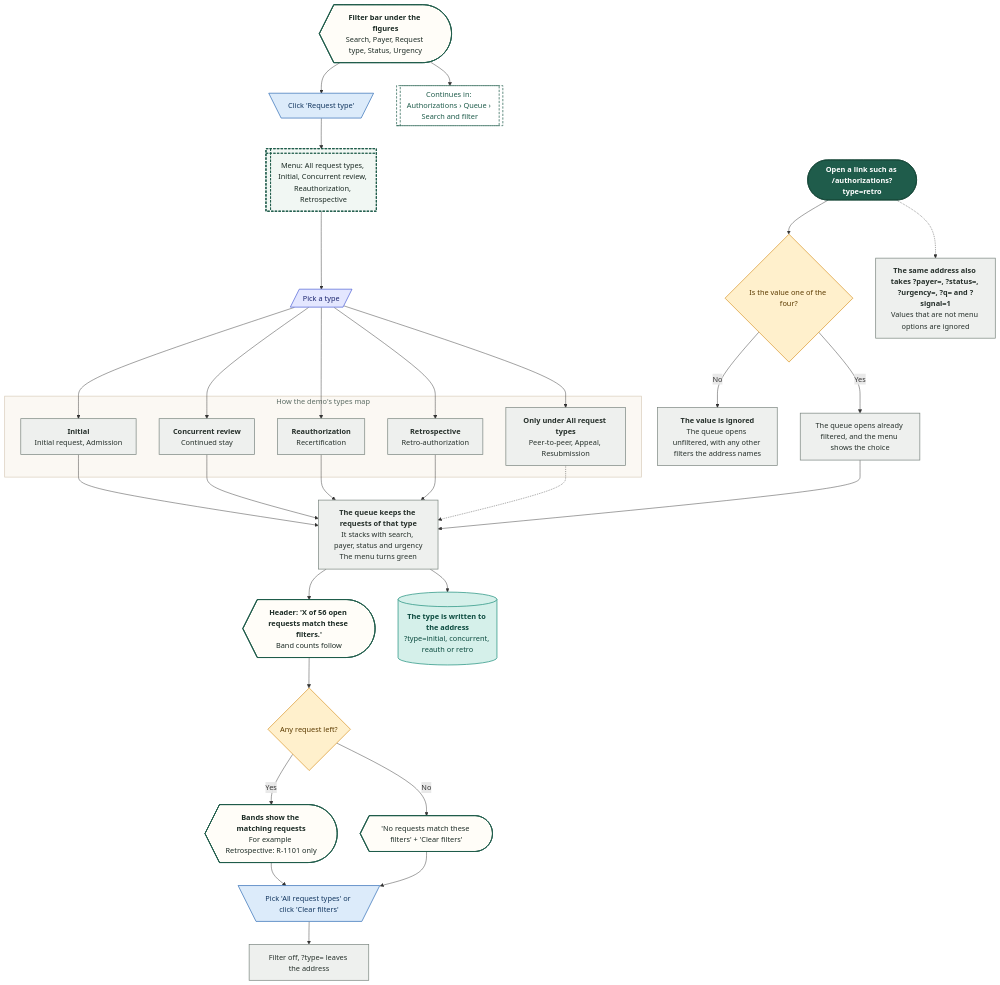
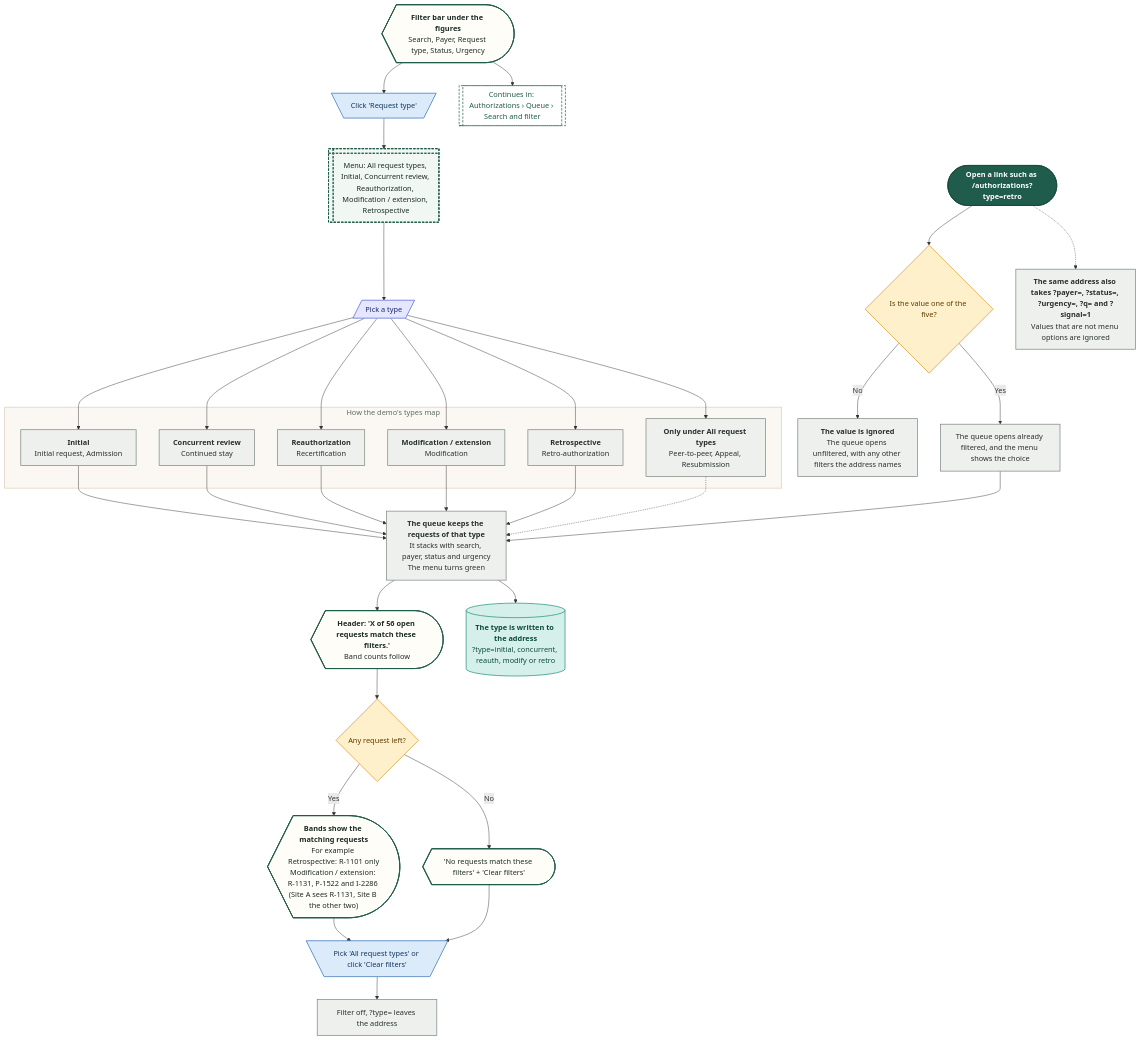
The diagram in demos/prior-auth-demo/workflows/out/mmd/03-authorizations/17-queue-request-type.mmd (Shrav143/psyfloapp), drawn with Mermaid before and after one commit. The commit also changed 251 other files, not shown here.

First line of the commit message:
docs: rebuild the workflow diagrams (291) for round 4

```diff
--- a/demos/prior-auth-demo/workflows/out/mmd/03-authorizations/17-queue-request-type.mmd
+++ b/demos/prior-auth-demo/workflows/out/mmd/03-authorizations/17-queue-request-type.mmd
@@ -1,71 +1,73 @@
 %%{init: {"theme":"base","themeVariables":{"fontFamily":"'DM Sans', 'Segoe UI', system-ui, sans-serif","fontSize":"15px","lineColor":"#5B6B63","primaryTextColor":"#1C2B25","clusterBkg":"#FBF8F3","clusterBorder":"#D9CDBB","edgeLabelBackground":"#FFFFFF"},"flowchart":{"curve":"basis","nodeSpacing":36,"rankSpacing":48,"padding":12,"htmlLabels":true,"useMaxWidth":false,"wrappingWidth":230}} }%%
 flowchart TD
   classDef k_start fill:#1F5C4B,stroke:#174638,color:#FFFFFF,stroke-width:1.5px,font-weight:600
   classDef k_end fill:#DDEFE3,stroke:#2E7D4F,color:#14502F,stroke-width:1.5px,font-weight:600
   classDef k_endx fill:#FBE3E0,stroke:#C0392B,color:#7A1F16,stroke-width:1.5px,font-weight:600
   classDef k_screen fill:#FFFDF8,stroke:#1F5C4B,color:#1C2B25,stroke-width:2px
   classDef k_overlay fill:#F1F7F3,stroke:#1F5C4B,color:#1C2B25,stroke-width:2px,stroke-dasharray:5 3
   classDef k_click fill:#DCEBFA,stroke:#2F6DB5,color:#12365F,stroke-width:1.5px
   classDef k_input fill:#E4E7FF,stroke:#4C5FD5,color:#1D2670,stroke-width:1.5px
   classDef k_process fill:#EEF0EE,stroke:#7A857F,color:#26302B,stroke-width:1.5px
   classDef k_agent fill:#EEE5FA,stroke:#7A4FC2,color:#341A63,stroke-width:1.5px
   classDef k_decision fill:#FFF0CC,stroke:#D9962B,color:#5C3B00,stroke-width:1.5px
   classDef k_store fill:#D5F0EA,stroke:#1C8E7B,color:#0B4A3F,stroke-width:1.5px
   classDef k_doc fill:#F6E9DC,stroke:#B07A4C,color:#4A2E14,stroke-width:1.5px
   classDef k_ext fill:#FFE6D2,stroke:#E07B39,color:#6B2F06,stroke-width:1.5px
   classDef k_wait fill:#E4E8EE,stroke:#6B7C93,color:#26303D,stroke-width:1.5px
   classDef k_toast fill:#FFF9DB,stroke:#C9A400,color:#5A4A00,stroke-width:1.5px
   classDef k_goto fill:#FFFFFF,stroke:#1F5C4B,color:#1F5C4B,stroke-width:1.5px,stroke-dasharray:5 3
   fb@{ shape: curv-trap, label: "<b>Filter bar under the figures</b><br/>Search, Payer, Request type, Status, Urgency" }
   c1@{ shape: trap-t, label: "Click 'Request type'" }
-  m1@{ shape: win-pane, label: "Menu: All request types, Initial, Concurrent review, Reauthorization, Retrospective" }
+  m1@{ shape: win-pane, label: "Menu: All request types, Initial, Concurrent review, Reauthorization, Modification / extension, Retrospective" }
   i1@{ shape: lean-r, label: "Pick a type" }
   subgraph gM ["How the demo's types map"]
   k1@{ shape: rect, label: "<b>Initial</b><br/>Initial request, Admission" }
   k2@{ shape: rect, label: "<b>Concurrent review</b><br/>Continued stay" }
   k3@{ shape: rect, label: "<b>Reauthorization</b><br/>Recertification" }
+  k6@{ shape: rect, label: "<b>Modification / extension</b><br/>Modification" }
   k4@{ shape: rect, label: "<b>Retrospective</b><br/>Retro-authorization" }
   k5@{ shape: rect, label: "<b>Only under All request types</b><br/>Peer-to-peer, Appeal, Resubmission" }
   end
   ap@{ shape: rect, label: "<b>The queue keeps the requests of that type</b><br/>It stacks with search, payer, status and urgency<br/>The menu turns green" }
   hd@{ shape: curv-trap, label: "<b>Header: 'X of 56 open requests match these filters.'</b><br/>Band counts follow" }
   dAny@{ shape: diam, label: "Any request left?" }
-  res@{ shape: curv-trap, label: "<b>Bands show the matching requests</b><br/>For example Retrospective: R-1101 only" }
+  res@{ shape: curv-trap, label: "<b>Bands show the matching requests</b><br/>For example Retrospective: R-1101 only<br/>Modification / extension: R-1131, P-1522 and I-2286 (Site A sees R-1131, Site B the other two)" }
   emp@{ shape: curv-trap, label: "'No requests match these filters' + 'Clear filters'" }
-  addr@{ shape: cyl, label: "<b>The type is written to the address</b><br/>?type=initial, concurrent, reauth or retro" }
+  addr@{ shape: cyl, label: "<b>The type is written to the address</b><br/>?type=initial, concurrent, reauth, modify or retro" }
   all@{ shape: trap-t, label: "Pick 'All request types' or click 'Clear filters'" }
   clr@{ shape: rect, label: "Filter off, ?type= leaves the address" }
   s2@{ shape: stadium, label: "Open a link such as /authorizations?type=retro" }
-  dV@{ shape: diam, label: "Is the value one of the four?" }
+  dV@{ shape: diam, label: "Is the value one of the five?" }
   ld@{ shape: rect, label: "The queue opens already filtered, and the menu shows the choice" }
   ig@{ shape: rect, label: "<b>The value is ignored</b><br/>The queue opens unfiltered, with any other filters the address names" }
   oth@{ shape: rect, label: "<b>The same address also takes ?payer=, ?status=, ?urgency=, ?q= and ?signal=1</b><br/>Values that are not menu options are ignored" }
   g1@{ shape: subproc, label: "Continues in: Authorizations › Queue › Search and filter" }
   fb --> c1 --> m1 --> i1
-  i1 --> k1 & k2 & k3 & k4 & k5
+  i1 --> k1 & k2 & k3 & k6 & k4 & k5
   k1 --> ap
   k2 --> ap
   k3 --> ap
+  k6 --> ap
   k4 --> ap
   k5 -.-> ap
   ap --> hd --> dAny
   dAny -->|"Yes"| res
   dAny -->|"No"| emp
   ap --> addr
   res --> all --> clr
   emp --> all
   s2 --> dV
   dV -->|"Yes"| ld --> ap
   dV -->|"No"| ig
   s2 -.-> oth
   fb --> g1
   class fb,hd,res,emp k_screen
   class c1,all k_click
   class m1 k_overlay
   class i1 k_input
-  class k1,k2,k3,k4,k5,ap,clr,ld,ig,oth k_process
+  class k1,k2,k3,k6,k4,k5,ap,clr,ld,ig,oth k_process
   class dAny,dV k_decision
   class addr k_store
   class s2 k_start
   class g1 k_goto
   style gM fill:#FBF8F3,stroke:#D9CDBB,stroke-width:1.5px,color:#5B6B63
```
